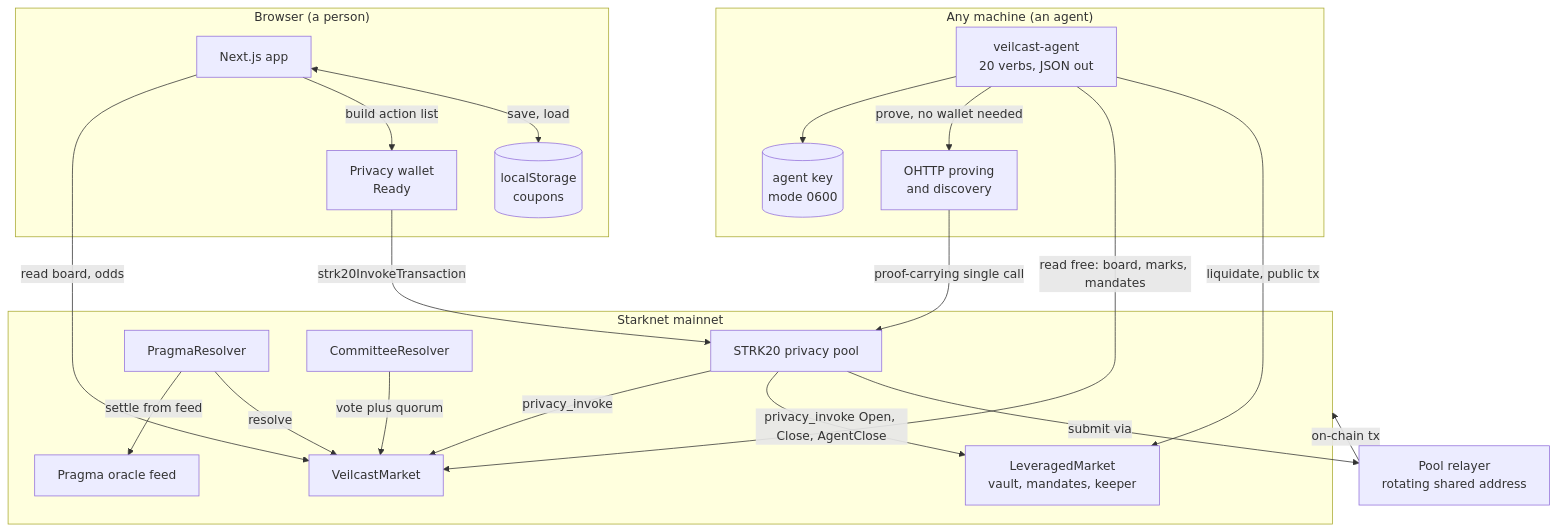
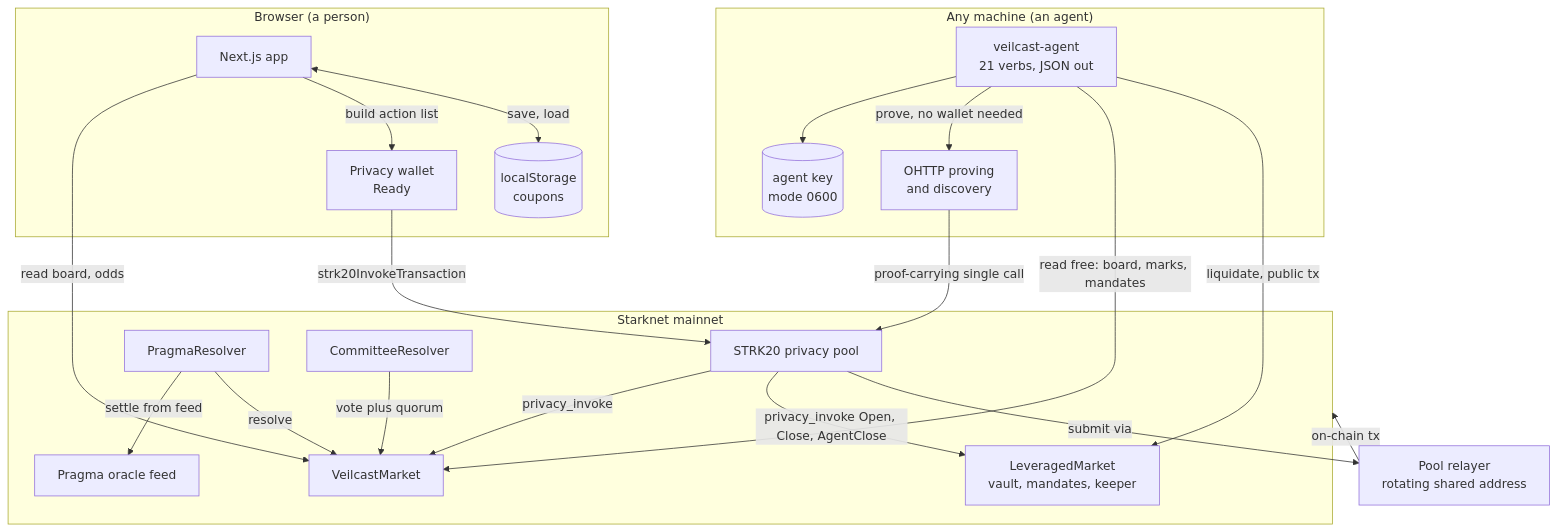
The first of 5 diagrams in ARCHITECTURE.md (zkasuran/veilcast), drawn with Mermaid before and after one commit. The commit also changed other lines of this file and 18 other files, not shown here.

````diff
--- a/ARCHITECTURE.md
+++ b/ARCHITECTURE.md
@@ -14,42 +14,42 @@
 ```mermaid
 graph TB
     subgraph Browser["Browser (a person)"]
         App[Next.js app]
         Coupons[(localStorage<br/>coupons)]
         Wallet[Privacy wallet<br/>Ready]
     end
 
     subgraph Agent["Any machine (an agent)"]
-        CLI[veilcast-agent<br/>20 verbs, JSON out]
+        CLI[veilcast-agent<br/>21 verbs, JSON out]
         AgentKey[(agent key<br/>mode 0600)]
         OHTTP[OHTTP proving<br/>and discovery]
     end
 
     subgraph Starknet["Starknet mainnet"]
         Pool[STRK20 privacy pool]
         Market[VeilcastMarket]
         Lev[LeveragedMarket<br/>vault, mandates, keeper]
         Pragma[PragmaResolver]
         Committee[CommitteeResolver]
         Oracle[Pragma oracle feed]
     end
 
     Relayer[Pool relayer<br/>rotating shared address]
 
     App -->|read board, odds| Market
     App -->|build action list| Wallet
     Wallet -->|strk20InvokeTransaction| Pool
     CLI --> AgentKey
     CLI -->|prove, no wallet needed| OHTTP
     OHTTP -->|proof-carrying single call| Pool
     CLI -->|read free: board, marks, mandates| Market
     CLI -->|liquidate, public tx| Lev
     Pool -->|privacy_invoke| Market
     Pool -->|privacy_invoke Open, Close, AgentClose| Lev
     Pool -->|submit via| Relayer
     Relayer -->|on-chain tx| Starknet
     Pragma -->|settle from feed| Oracle
     Pragma -->|resolve| Market
     Committee -->|vote plus quorum| Market
     App <-->|save, load| Coupons
 ```
````
